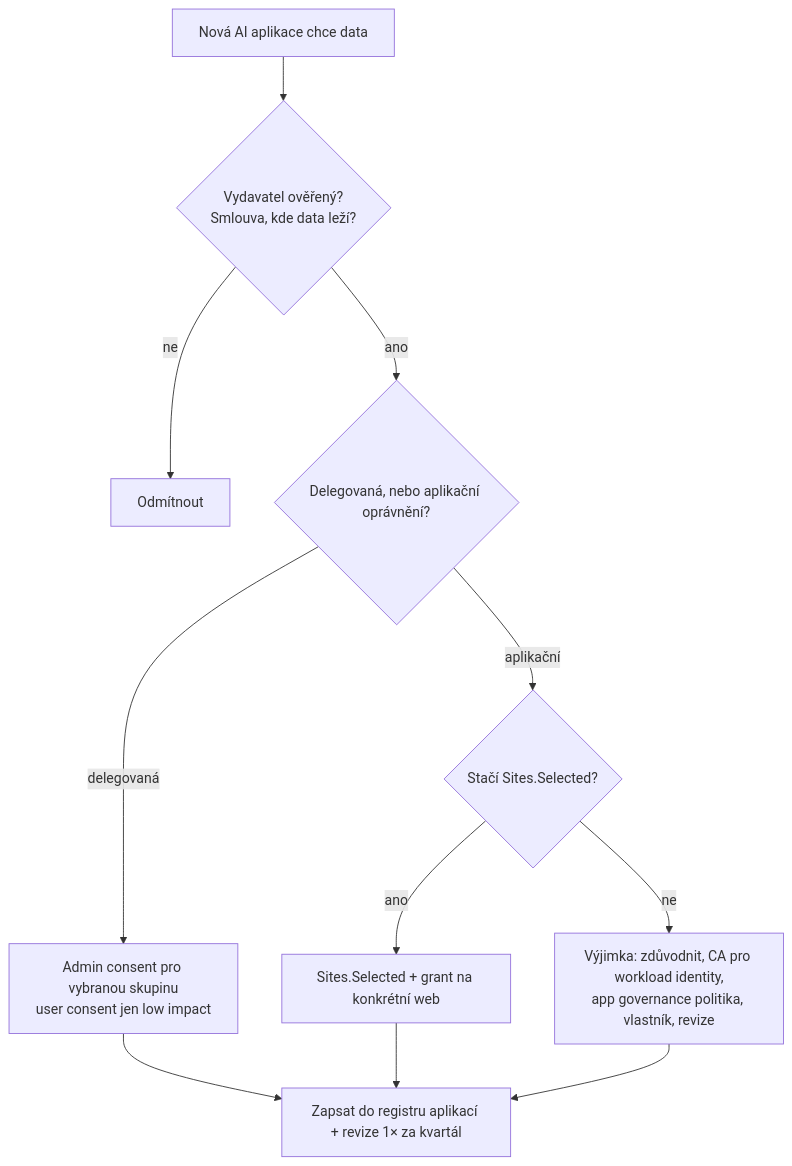
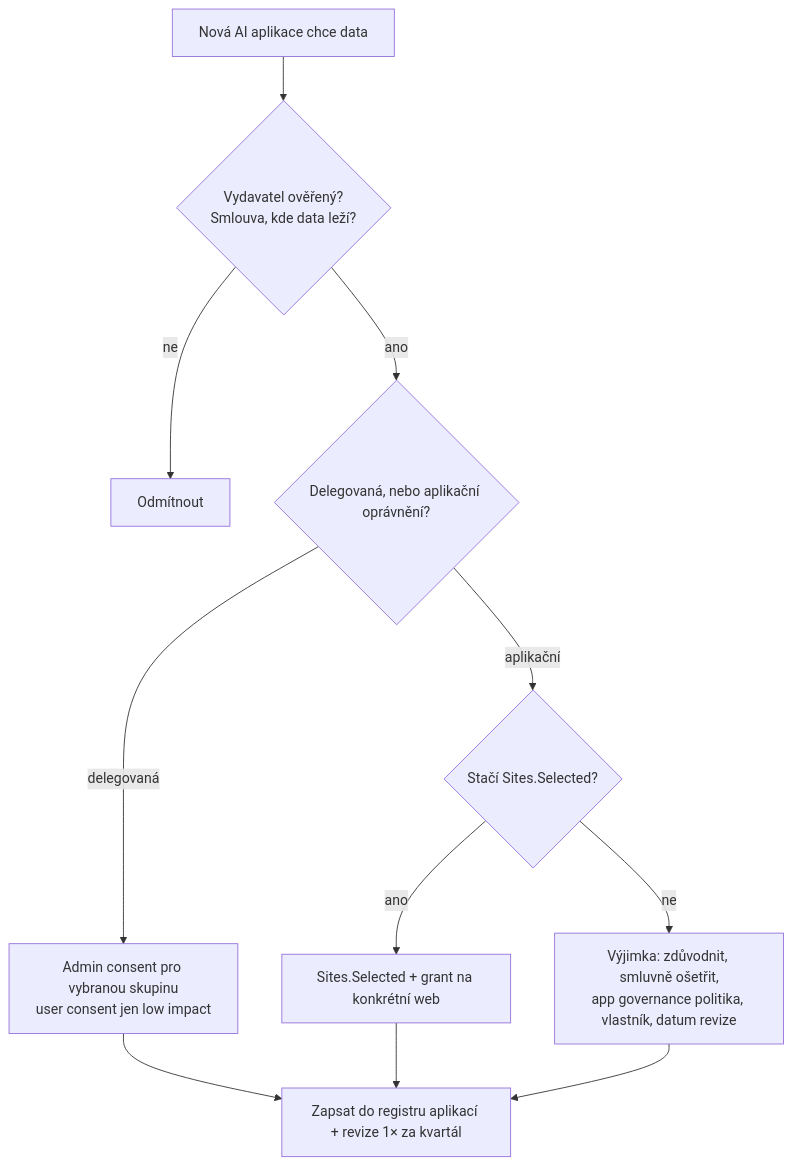
One commit to MalasekPetr/gopas-goc224 changed the second of 2 diagrams in day-4/ai-app-access/README.md. Above: the diagram before and after it, drawn with Mermaid. The commit also changed other lines of this file and 9 other files, not shown here.

````diff
--- a/day-4/ai-app-access/README.md
+++ b/day-4/ai-app-access/README.md
@@ -67,13 +67,13 @@
 ```mermaid
 flowchart TB
   A[Nová AI aplikace chce data] --> B{Vydavatel ověřený?<br/>Smlouva, kde data leží?}
   B -->|ne| N[Odmítnout]
   B -->|ano| C{Delegovaná, nebo aplikační oprávnění?}
   C -->|delegovaná| D[Admin consent pro vybranou skupinu<br/>user consent jen low impact]
   C -->|aplikační| E{Stačí Sites.Selected?}
   E -->|ano| F[Sites.Selected + grant na konkrétní web]
-  E -->|ne| G[Výjimka: zdůvodnit, CA pro workload identity,<br/>app governance politika, vlastník, revize]
+  E -->|ne| G[Výjimka: zdůvodnit, smluvně ošetřit,<br/>app governance politika, vlastník, datum revize]
   D --> R[Zapsat do registru aplikací + revize 1× za kvartál]
   F --> R
   G --> R
 ```
````
